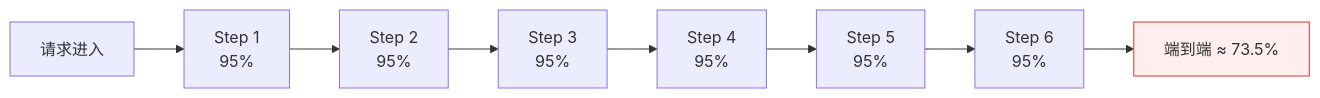
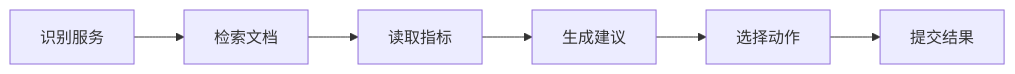
Before and after one commit to oh-my-vibe-coding/ai-reliability-architecture: the first of 2 diagrams in 知识/04-系统架构与复合AI可靠性数学.md, drawn with Mermaid. The commit also changed other lines of this file and 67 other files, not shown here.

````diff
--- a/知识/04-系统架构与复合AI可靠性数学.md
+++ b/知识/04-系统架构与复合AI可靠性数学.md
@@ -23,12 +34,8 @@
 ```mermaid
 flowchart LR
-    S[请求进入] --> S1[Step 1<br/>95%]
-    S1 --> S2[Step 2<br/>95%]
-    S2 --> S3[Step 3<br/>95%]
-    S3 --> S4[Step 4<br/>95%]
-    S4 --> S5[Step 5<br/>95%]
-    S5 --> S6[Step 6<br/>95%]
-    S6 --> E[端到端 ≈ 73.5%]
-
-    style E fill:#fee,stroke:#d33
+    S1[识别服务] --> S2[检索文档]
+    S2 --> S3[读取指标]
+    S3 --> S4[生成建议]
+    S4 --> S5[选择动作]
+    S5 --> S6[提交结果]
 ```
````
